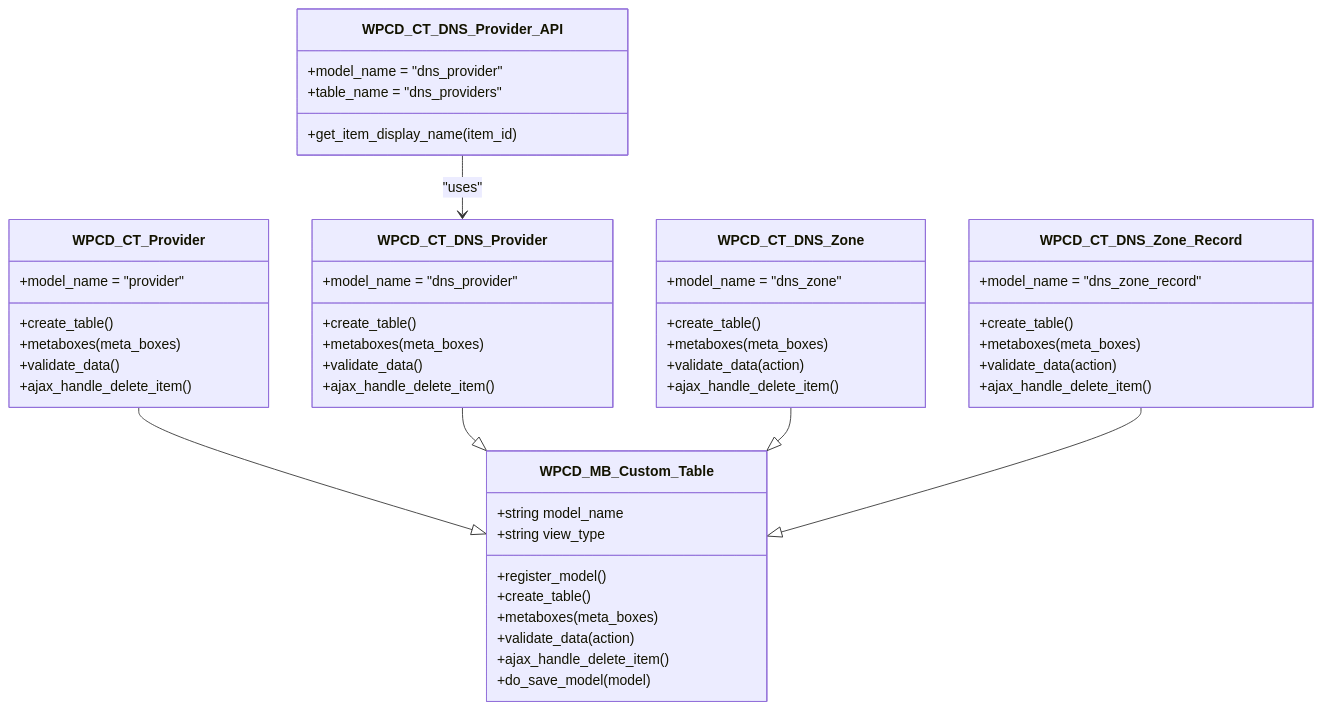
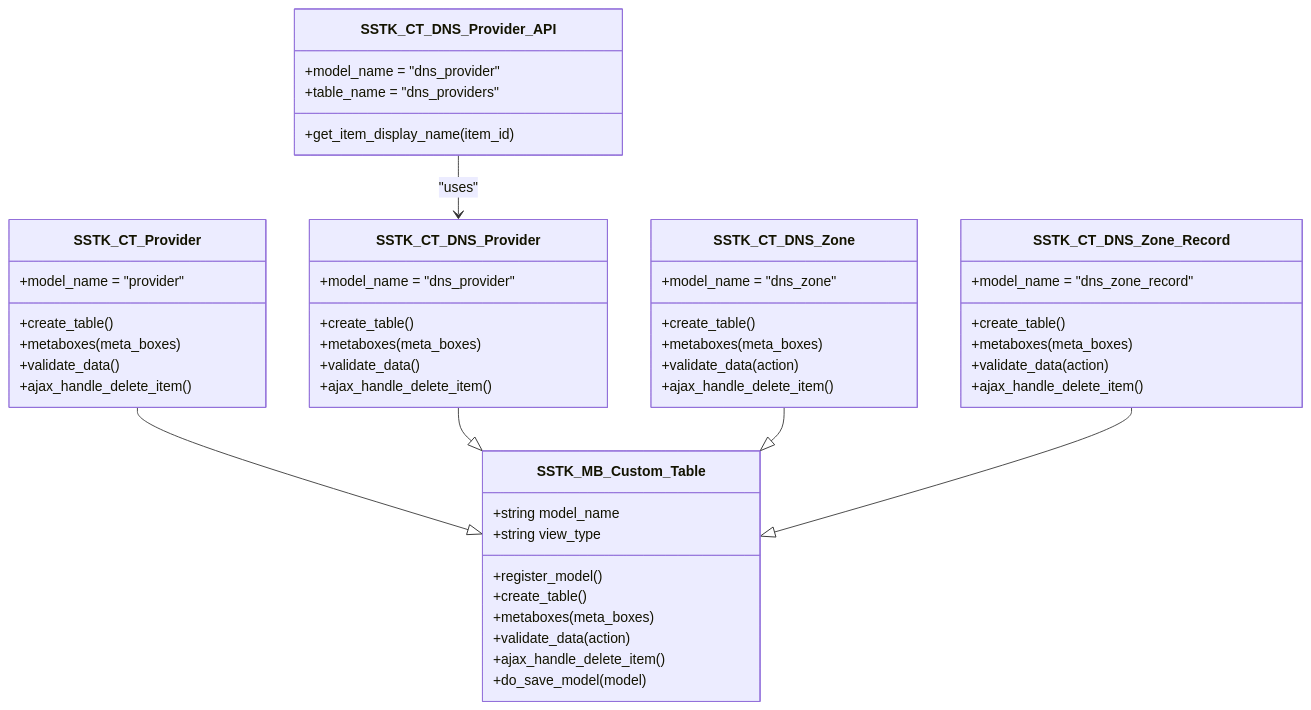
One commit to onedogsolutions/simple-stack changed the second of 10 diagrams in .qoder/repowiki/en/content/Data Management/Data Management.md. Above: the diagram before and after it, drawn with Mermaid. The commit also changed other lines of this file and 5941 other files, not shown here.

````diff
--- a/.qoder/repowiki/en/content/Data Management/Data Management.md
+++ b/.qoder/repowiki/en/content/Data Management/Data Management.md
@@ -117,51 +117,51 @@
 ```mermaid
 classDiagram
-class WPCD_MB_Custom_Table {
+class SSTK_MB_Custom_Table {
 +string model_name
 +string view_type
 +register_model()
 +create_table()
 +metaboxes(meta_boxes)
 +validate_data(action)
 +ajax_handle_delete_item()
 +do_save_model(model)
 }
-class WPCD_CT_Provider {
+class SSTK_CT_Provider {
 +model_name = "provider"
 +create_table()
 +metaboxes(meta_boxes)
 +validate_data()
 +ajax_handle_delete_item()
 }
-class WPCD_CT_DNS_Provider {
+class SSTK_CT_DNS_Provider {
 +model_name = "dns_provider"
 +create_table()
 +metaboxes(meta_boxes)
 +validate_data()
 +ajax_handle_delete_item()
 }
-class WPCD_CT_DNS_Zone {
+class SSTK_CT_DNS_Zone {
 +model_name = "dns_zone"
 +create_table()
 +metaboxes(meta_boxes)
 +validate_data(action)
 +ajax_handle_delete_item()
 }
-class WPCD_CT_DNS_Zone_Record {
+class SSTK_CT_DNS_Zone_Record {
 +model_name = "dns_zone_record"
 +create_table()
 +metaboxes(meta_boxes)
 +validate_data(action)
 +ajax_handle_delete_item()
 }
-class WPCD_CT_DNS_Provider_API {
+class SSTK_CT_DNS_Provider_API {
 +model_name = "dns_provider"
 +table_name = "dns_providers"
 +get_item_display_name(item_id)
 }
-WPCD_CT_Provider --|> WPCD_MB_Custom_Table
-WPCD_CT_DNS_Provider --|> WPCD_MB_Custom_Table
-WPCD_CT_DNS_Zone --|> WPCD_MB_Custom_Table
-WPCD_CT_DNS_Zone_Record --|> WPCD_MB_Custom_Table
-WPCD_CT_DNS_Provider_API --> WPCD_CT_DNS_Provider : "uses"
+SSTK_CT_Provider --|> SSTK_MB_Custom_Table
+SSTK_CT_DNS_Provider --|> SSTK_MB_Custom_Table
+SSTK_CT_DNS_Zone --|> SSTK_MB_Custom_Table
+SSTK_CT_DNS_Zone_Record --|> SSTK_MB_Custom_Table
+SSTK_CT_DNS_Provider_API --> SSTK_CT_DNS_Provider : "uses"
 ```
````
